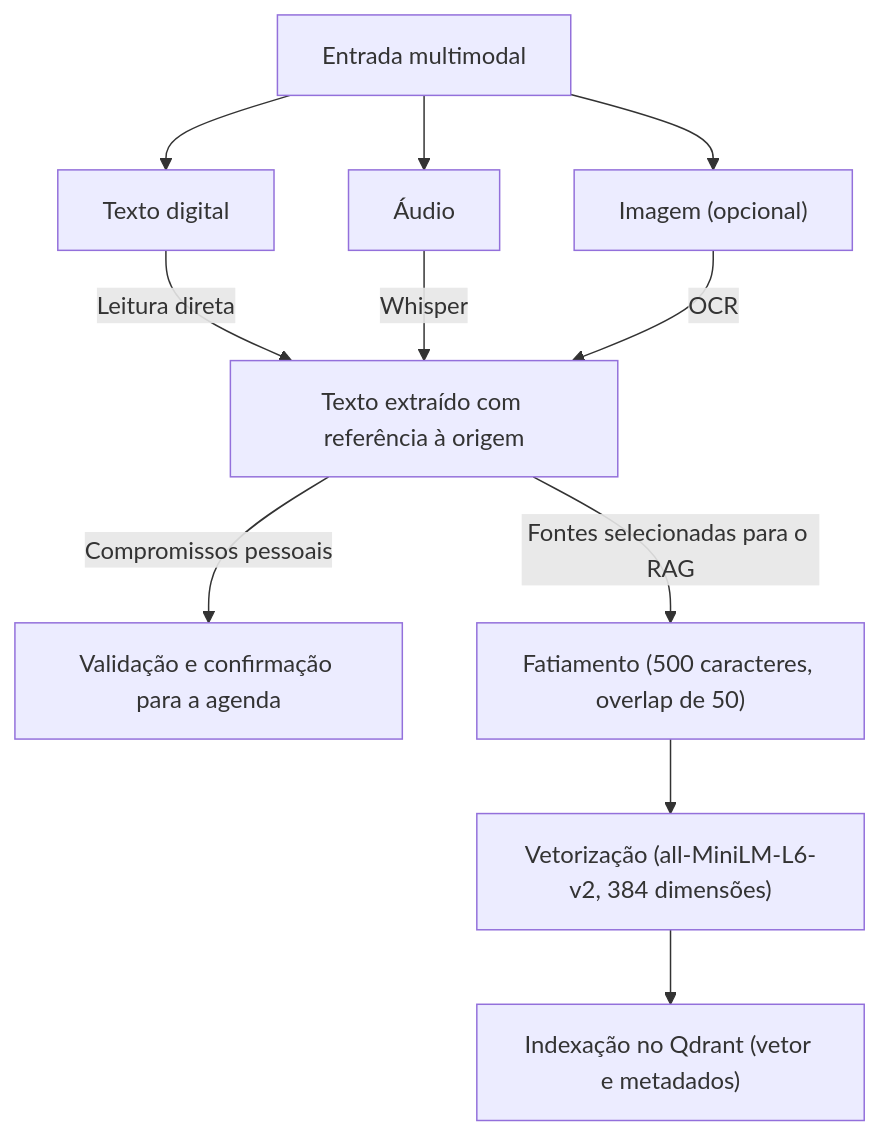
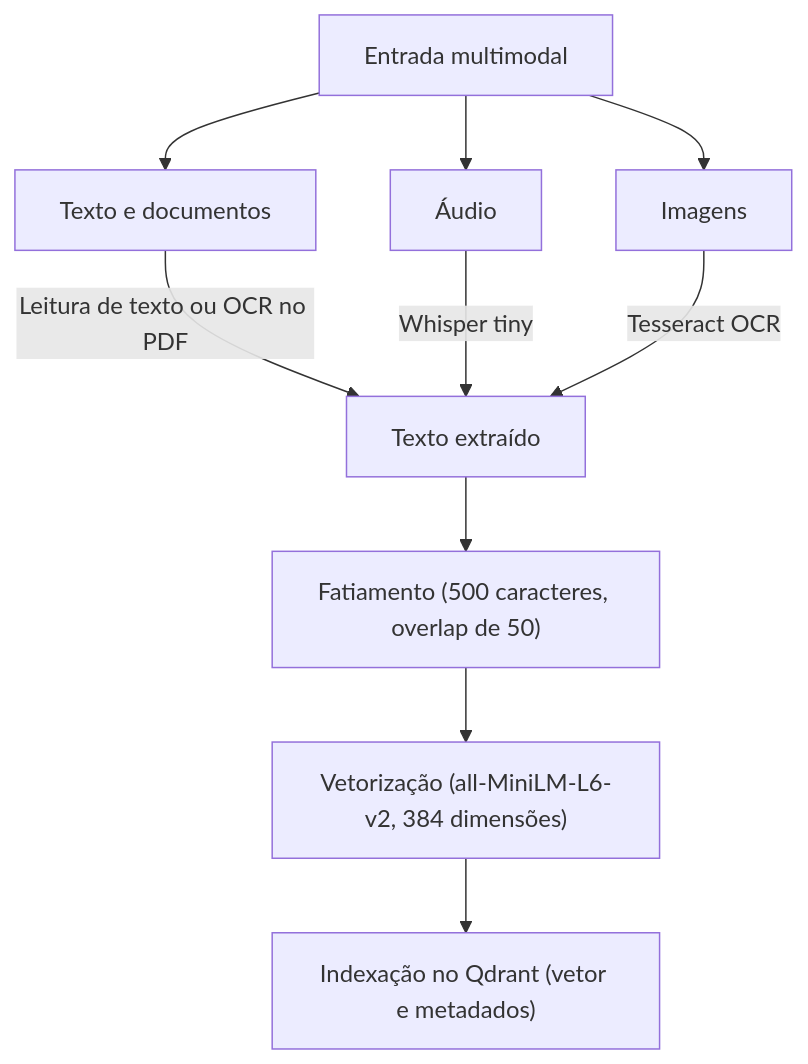
One commit to ainoolau/Challenge-2---Assistente-de-rotina-universitaria- changed the diagram in docs/pipeline_arquitetura.md. Above: the diagram before and after it, drawn with Mermaid. The commit also changed other lines of this file, not shown here.

````diff
--- a/docs/pipeline_arquitetura.md
+++ b/docs/pipeline_arquitetura.md
@@ -19,14 +19,13 @@
 ```mermaid
 flowchart TD
     I["Entrada multimodal"]
-    I --> T["Texto digital"]
+    I --> T["Texto e documentos"]
     I --> A["Áudio"]
-    I --> M["Imagem (opcional)"]
-    T -->|Leitura direta| X["Texto extraído com referência à origem"]
-    A -->|Whisper| X
-    M -->|OCR| X
-    X -->|Compromissos pessoais| P["Validação e confirmação para a agenda"]
-    X -->|Fontes selecionadas para o RAG| C["Fatiamento (500 caracteres, overlap de 50)"]
+    I --> M["Imagens"]
+    T -->|Leitura de texto ou OCR no PDF| X["Texto extraído"]
+    A -->|Whisper tiny| X
+    M -->|Tesseract OCR| X
+    X --> C["Fatiamento (500 caracteres, overlap de 50)"]
     C --> E["Vetorização (all-MiniLM-L6-v2, 384 dimensões)"]
     E --> Q["Indexação no Qdrant (vetor e metadados)"]
 ```
````
